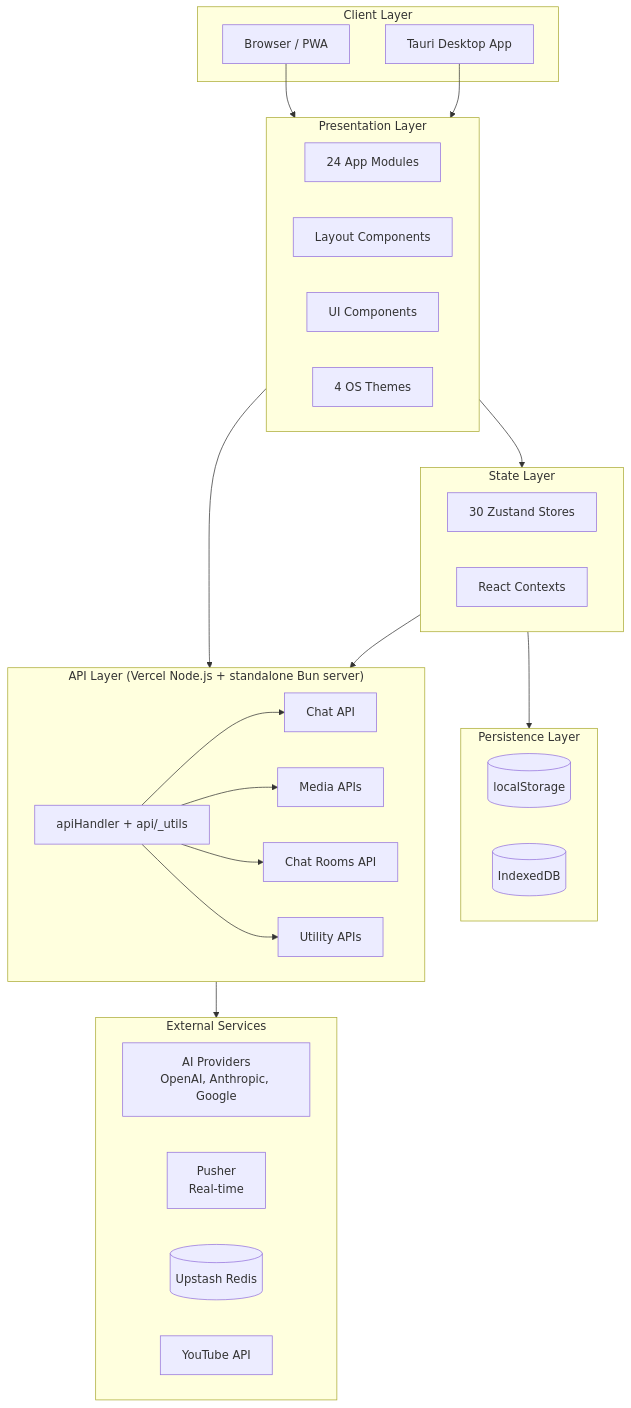
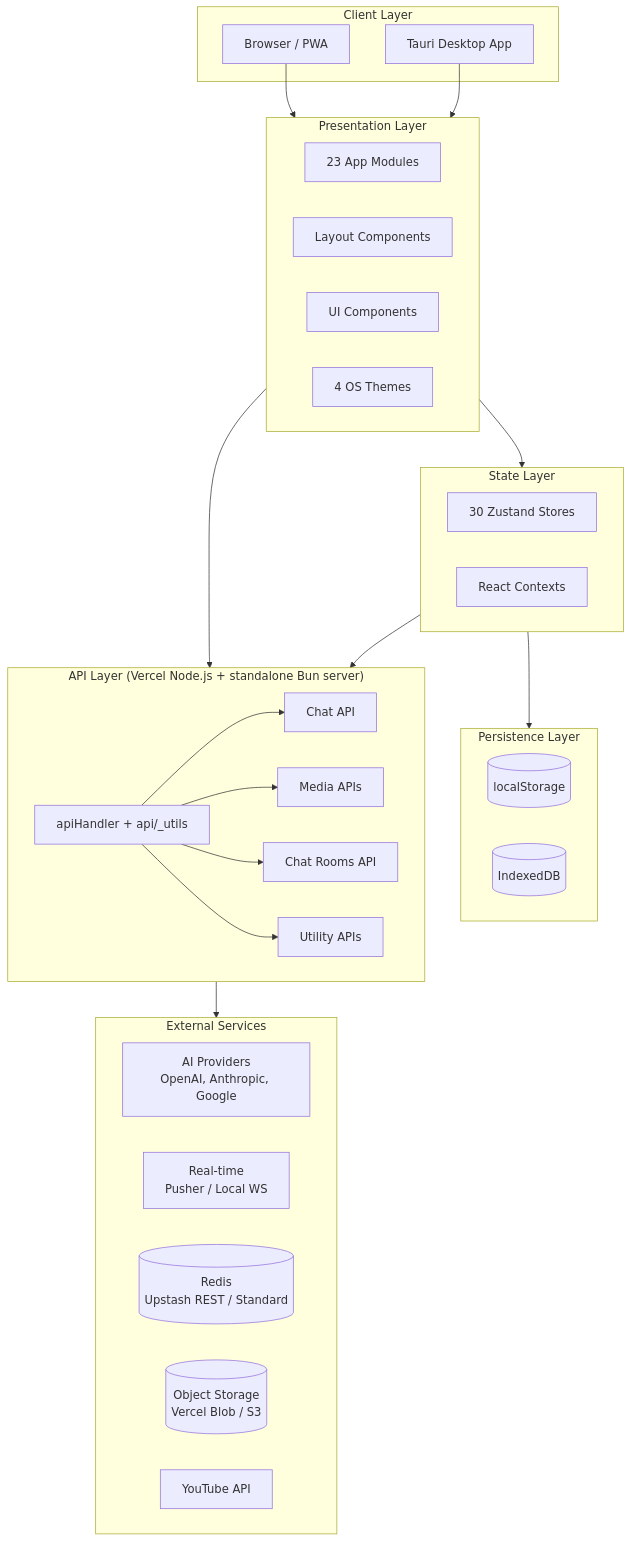
The first of 6 diagrams in docs/1.1-architecture.md (ryokun6/ryos), drawn with Mermaid before and after one commit. The commit also changed other lines of this file and 19 other files, not shown here.

````diff
--- a/docs/1.1-architecture.md
+++ b/docs/1.1-architecture.md
@@ -7,51 +7,52 @@
 ```mermaid
 graph TB
     subgraph Client["Client Layer"]
         Browser[Browser / PWA]
         Desktop[Tauri Desktop App]
     end
     
     subgraph Presentation["Presentation Layer"]
-        Apps[24 App Modules]
+        Apps[23 App Modules]
         Layout[Layout Components]
         UI[UI Components]
         Themes[4 OS Themes]
     end
     
     subgraph State["State Layer"]
         Zustand[30 Zustand Stores]
         Contexts[React Contexts]
     end
     
     subgraph Persistence["Persistence Layer"]
         LocalStorage[(localStorage)]
         IndexedDB[(IndexedDB)]
     end
     
     subgraph API["API Layer (Vercel Node.js + standalone Bun server)"]
         Shared[apiHandler + api/_utils]
         Chat[Chat API]
         Media[Media APIs]
         Rooms[Chat Rooms API]
         Utility[Utility APIs]
     end
     
     subgraph External["External Services"]
         AI[AI Providers<br/>OpenAI, Anthropic, Google]
-        Pusher[Pusher<br/>Real-time]
-        Redis[(Upstash Redis)]
+        Realtime[Real-time<br/>Pusher / Local WS]
+        Redis[(Redis<br/>Upstash REST / Standard)]
+        ObjectStorage[(Object Storage<br/>Vercel Blob / S3)]
         YouTube[YouTube API]
     end
     
     Browser --> Presentation
     Desktop --> Presentation
     Presentation --> State
     State --> Persistence
     Presentation --> API
     Shared --> Chat
     Shared --> Media
     Shared --> Rooms
     Shared --> Utility
     API --> External
     State --> API
 ```
````
